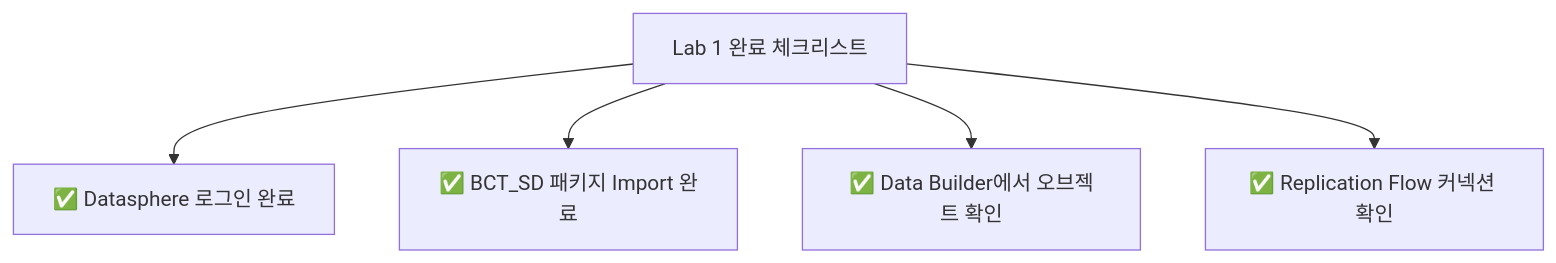
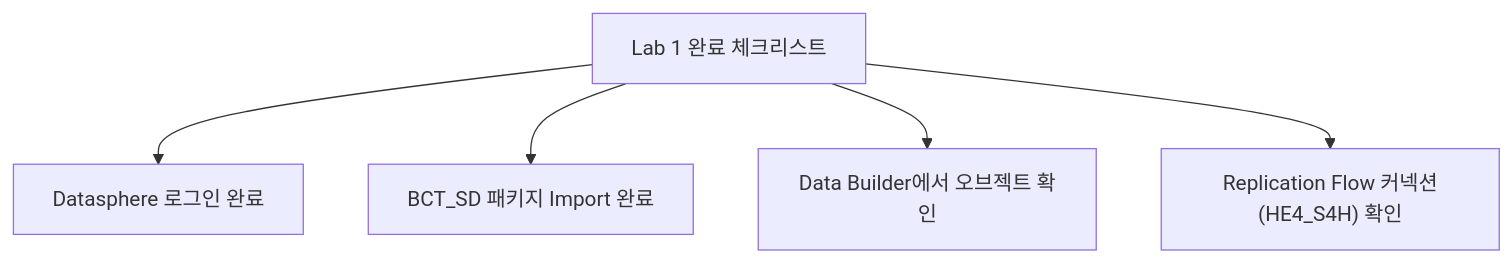
Before and after one commit to youngseols925/sap-datasphere-bdc-workshop: the fourth of 4 diagrams in labs/lab1-bct-sd-import.md, drawn with Mermaid. The commit also changed other lines of this file and 5 other files, not shown here.

````diff
--- a/labs/lab1-bct-sd-import.md
+++ b/labs/lab1-bct-sd-import.md
@@ -126,7 +127,7 @@
 ```mermaid
 graph TD
-    A["Lab 1 완료 체크리스트"] --> B["✅ Datasphere 로그인 완료"]
-    A --> C["✅ BCT_SD 패키지 Import 완료"]
-    A --> D["✅ Data Builder에서 오브젝트 확인"]
-    A --> E["✅ Replication Flow 커넥션 확인"]
+    A["Lab 1 완료 체크리스트"] --> B["Datasphere 로그인 완료"]
+    A --> C["BCT_SD 패키지 Import 완료"]
+    A --> D["Data Builder에서 오브젝트 확인"]
+    A --> E["Replication Flow 커넥션(HE4_S4H) 확인"]
 ```
````
